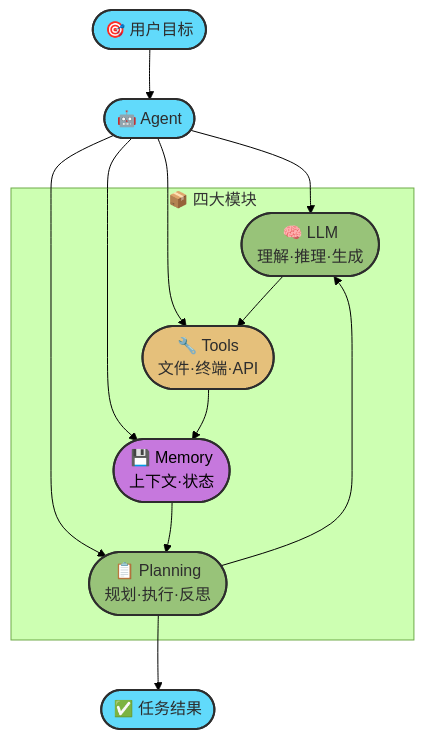
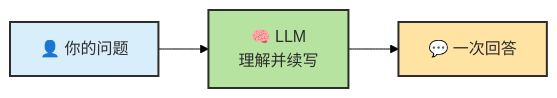
Before and after one commit to zht043/AgenticCodingTutorial: the first of 11 diagrams in docs/chapters/ch02-concepts.md, drawn with Mermaid (forest theme). The commit also changed other lines of this file and 69 other files, not shown here.

Commit message:
optimize docs and add mermaid validation

````diff
--- a/docs/chapters/ch02-concepts.md
+++ b/docs/chapters/ch02-concepts.md
@@ -40,29 +49,8 @@
 ```mermaid
-flowchart TB
-    classDef startEnd fill:#61dafb,stroke:#2d2d2d,stroke-width:2px,color:#2d2d2d
-    classDef llm fill:#98c379,stroke:#2d2d2d,stroke-width:2px,color:#2d2d2d
-    classDef memory fill:#c678dd,stroke:#2d2d2d,stroke-width:2px
-    classDef tools fill:#e5c07b,stroke:#2d2d2d,stroke-width:2px,color:#2d2d2d
-    classDef plan fill:#98c379,stroke:#2d2d2d,stroke-width:2px,color:#2d2d2d
+flowchart LR
+    classDef input fill:#d8eefb,stroke:#2d2d2d,stroke-width:2px,color:#2d2d2d
+    classDef model fill:#b7e3a1,stroke:#2d2d2d,stroke-width:2px,color:#2d2d2d
+    classDef output fill:#ffe3a3,stroke:#2d2d2d,stroke-width:2px,color:#2d2d2d
 
-    U(["🎯 用户目标"]):::startEnd --> AG(["🤖 Agent"]):::startEnd
-
-    subgraph Agent["📦 四大模块"]
-        LLM(["🧠 LLM<br/>理解·推理·生成"]):::llm
-        MEM(["💾 Memory<br/>上下文·状态"]):::memory
-        TOOLS(["🔧 Tools<br/>文件·终端·API"]):::tools
-        PLAN(["📋 Planning<br/>规划·执行·反思"]):::plan
-    end
-
-    AG --> LLM
-    AG --> MEM
-    AG --> TOOLS
-    AG --> PLAN
-
-    PLAN --> LLM
-    LLM --> TOOLS
-    TOOLS --> MEM
-    MEM --> PLAN
-
-    PLAN --> RES(["✅ 任务结果"]):::startEnd
+    A["👤 你的问题"]:::input --> B["🧠 LLM<br/>理解并续写"]:::model --> C["💬 一次回答"]:::output
 ```
````
